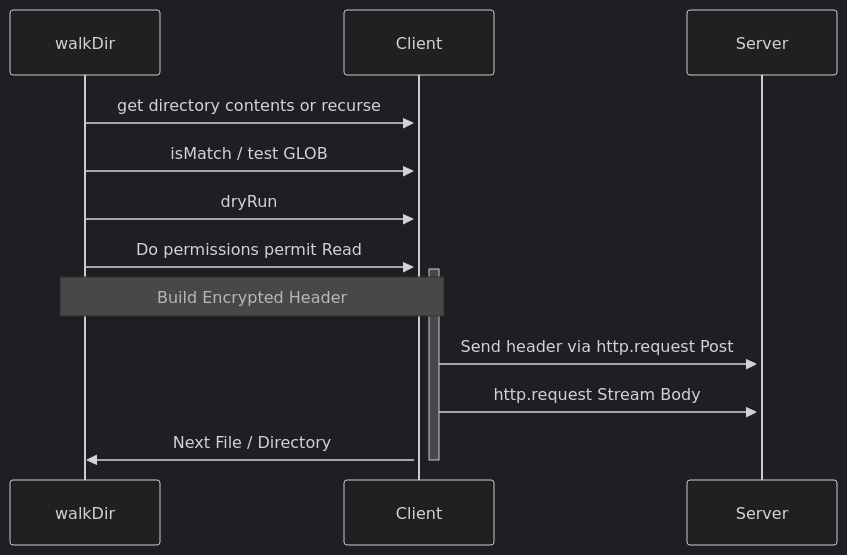
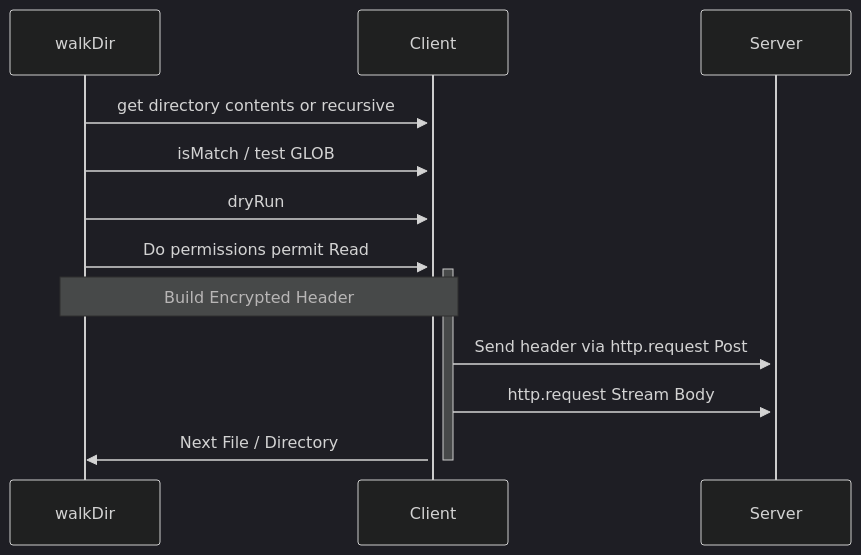
The diagram in README.md (psenger/squirt-cli), drawn with Mermaid (dark theme) before and after one commit.

````diff
--- a/README.md
+++ b/README.md
@@ -13,11 +13,11 @@
 ```mermaid
 sequenceDiagram
-  walkDir ->>+ Client: get directory contents or recurse
+  walkDir ->>+ Client: get directory contents or recursive
   walkDir ->>+ Client: isMatch / test GLOB
   walkDir ->>+ Client: dryRun
   walkDir ->>+ Client: Do permissions permit Read
   Note over walkDir, Client: Build Encrypted Header
   Client ->>+ Server: Send header via http.request Post
   Client ->>+ Server: http.request Stream Body
   Client ->>- walkDir: Next File / Directory
 ```
````
